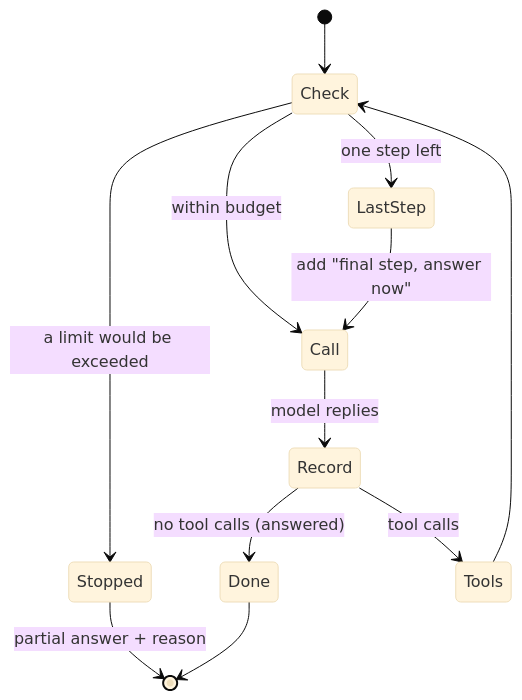
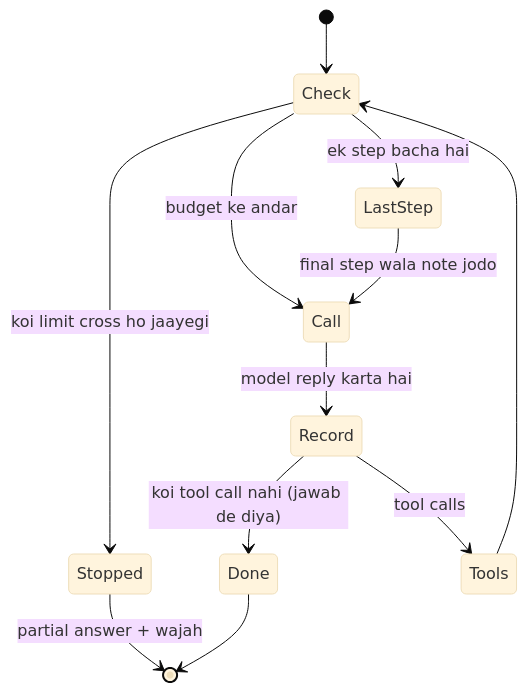
Before and after one commit to asmustechno/agentic-ai-notes: the diagram in docs/16-cost-and-performance/16.5-budget-limits-per-run.md, drawn with Mermaid (base theme). The commit also changed other lines of this file and 135 other files, not shown here.

````diff
--- a/docs/16-cost-and-performance/16.5-budget-limits-per-run.md
+++ b/docs/16-cost-and-performance/16.5-budget-limits-per-run.md
@@ -48,14 +48,14 @@
 ```mermaid
 stateDiagram-v2
     [*] --> Check
-    Check --> Stopped: a limit would be exceeded
-    Check --> LastStep: one step left
-    Check --> Call: within budget
-    LastStep --> Call: add "final step, answer now"
-    Call --> Record: model replies
-    Record --> Done: no tool calls (answered)
+    Check --> Stopped: koi limit cross ho jaayegi
+    Check --> LastStep: ek step bacha hai
+    Check --> Call: budget ke andar
+    LastStep --> Call: final step wala note jodo
+    Call --> Record: model reply karta hai
+    Record --> Done: koi tool call nahi (jawab de diya)
     Record --> Tools: tool calls
     Tools --> Check
-    Stopped --> [*]: partial answer + reason
+    Stopped --> [*]: partial answer + wajah
     Done --> [*]
 ```
````
